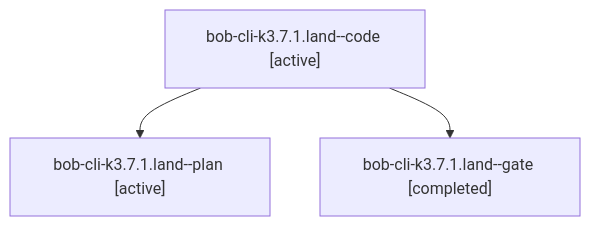
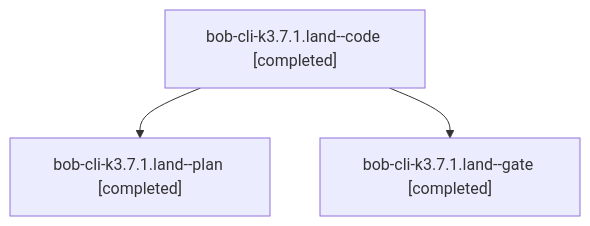
Before and after one commit to bobs-org/bob-cli--agents: the diagram in sessions/bbugyi200.athena.bob-cli-k3.7.1.land.md, drawn with Mermaid. The commit also changed other lines of this file and 97 other files, not shown here.

````diff
--- a/sessions/bbugyi200.athena.bob-cli-k3.7.1.land.md
+++ b/sessions/bbugyi200.athena.bob-cli-k3.7.1.land.md
@@ -9,8 +9,8 @@
 ```mermaid
 flowchart TD
-  n0["bob-cli-k3.7.1.land--code [active]"]
-  n1["bob-cli-k3.7.1.land--plan [active]"]
+  n0["bob-cli-k3.7.1.land--code [completed]"]
+  n1["bob-cli-k3.7.1.land--plan [completed]"]
   n0 --> n1
   n2["bob-cli-k3.7.1.land--gate [completed]"]
   n0 --> n2
 ```
````
